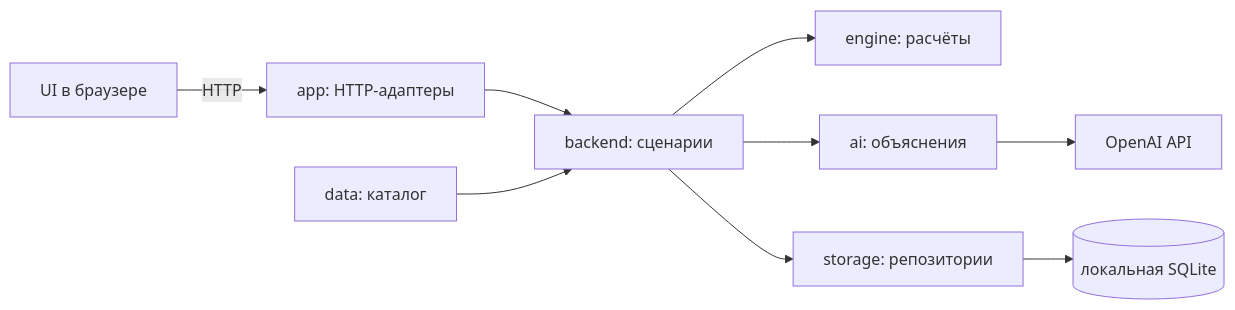
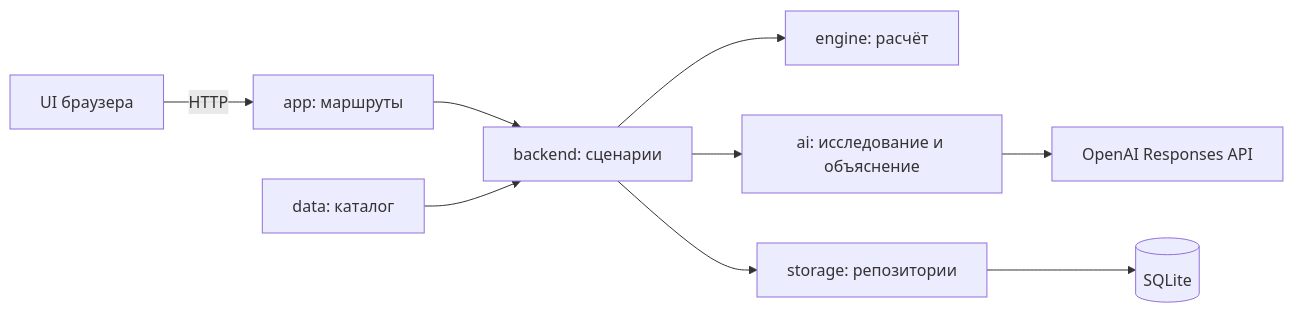
Before and after one commit to BAITC-Hacks/hack-4078ad52-mama-papa-and-me: the diagram in docs/architecture/README.md, drawn with Mermaid. The commit also changed other lines of this file and 64 other files, not shown here.

````diff
--- a/docs/architecture/README.md
+++ b/docs/architecture/README.md
@@ -9,11 +5,11 @@
 ```mermaid
 flowchart LR
-  UI[UI в браузере] -->|HTTP| Routes[app: HTTP-адаптеры]
+  UI[UI браузера] -->|HTTP| Routes[app: маршруты]
   Routes --> Backend[backend: сценарии]
-  Backend --> Engine[engine: расчёты]
+  Backend --> Engine[engine: расчёт]
   Data[data: каталог] --> Backend
-  Backend --> AI[ai: объяснения]
-  AI --> OpenAI[OpenAI API]
+  Backend --> AI[ai: исследование и объяснение]
+  AI --> OpenAI[OpenAI Responses API]
   Backend --> Storage[storage: репозитории]
-  Storage --> SQLite[(локальная SQLite)]
+  Storage --> SQLite[(SQLite)]
 ```
````
